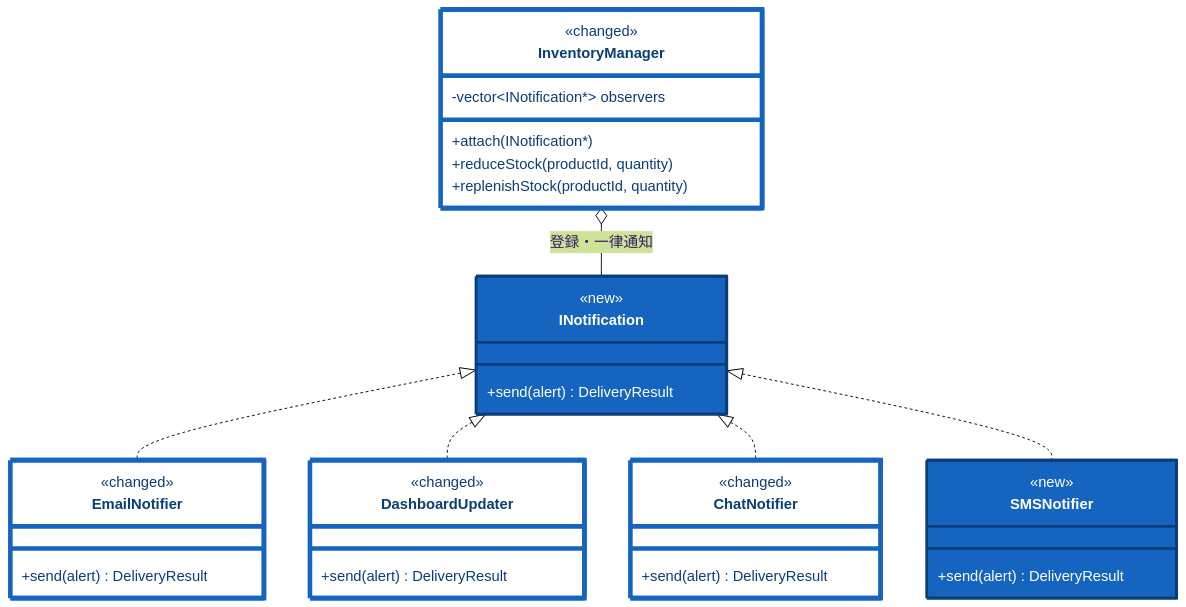
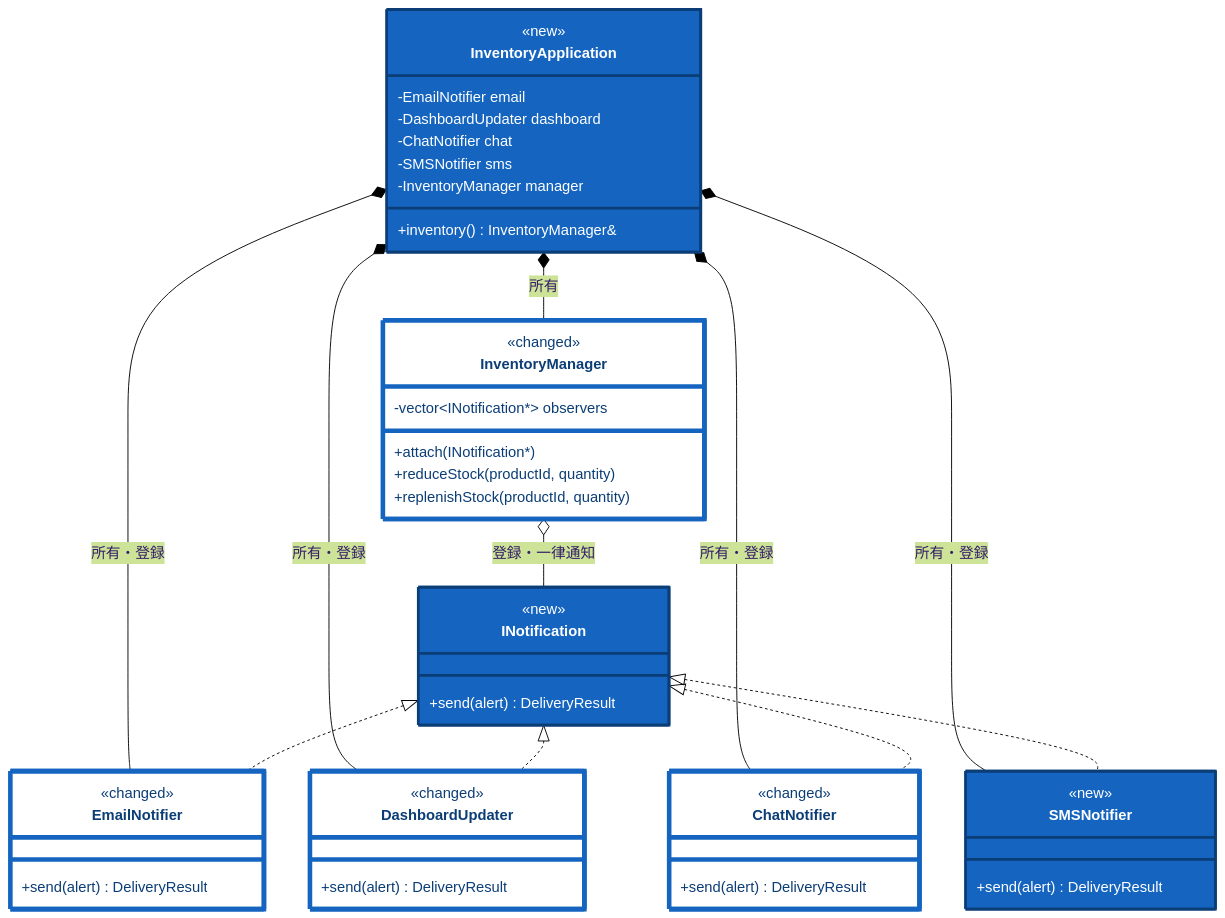
Diagram 11 of 18 in kindle/design-patterns/books/volume01-core-patterns/output/05-chapter03.md (kumachan1101-pixel/DesignPattern), drawn with Mermaid (forest theme) before and after one commit. The commit also changed other lines of this file and 41 other files, not shown here.

````diff
--- a/kindle/design-patterns/books/volume01-core-patterns/output/05-chapter03.md
+++ b/kindle/design-patterns/books/volume01-core-patterns/output/05-chapter03.md
@@ -2272,40 +2438,54 @@
 ```mermaid
 classDiagram
     direction TB
     class InventoryManager:::touched {
         <<changed>>
         -vector~INotification*~ observers
         +attach(INotification*)
         +reduceStock(productId, quantity)
         +replenishStock(productId, quantity)
     }
     class INotification:::added {
         <<new>>
         <<interface>>
         +send(alert) DeliveryResult
     }
     class EmailNotifier:::touched {
         <<changed>>
         +send(alert) DeliveryResult
     }
     class DashboardUpdater:::touched {
         <<changed>>
         +send(alert) DeliveryResult
     }
     class ChatNotifier:::touched {
         <<changed>>
         +send(alert) DeliveryResult
     }
     class SMSNotifier:::added {
         <<new>>
         +send(alert) DeliveryResult
     }
+    class InventoryApplication:::added {
+        <<new>>
+        -EmailNotifier email
+        -DashboardUpdater dashboard
+        -ChatNotifier chat
+        -SMSNotifier sms
+        -InventoryManager manager
+        +inventory() InventoryManager&
+    }
+    InventoryApplication *-- InventoryManager : 所有
+    InventoryApplication *-- EmailNotifier : 所有・登録
+    InventoryApplication *-- DashboardUpdater : 所有・登録
+    InventoryApplication *-- ChatNotifier : 所有・登録
+    InventoryApplication *-- SMSNotifier : 所有・登録
     InventoryManager o-- INotification : 登録・一律通知
     INotification <|.. EmailNotifier
     INotification <|.. DashboardUpdater
     INotification <|.. ChatNotifier
     INotification <|.. SMSNotifier
 
     classDef added fill:#1565c0,stroke:#0b3d76,stroke-width:3px,color:#ffffff;
     classDef touched fill:#ffffff,stroke:#1565c0,stroke-width:5px,color:#0b3d76;
 ```
````
